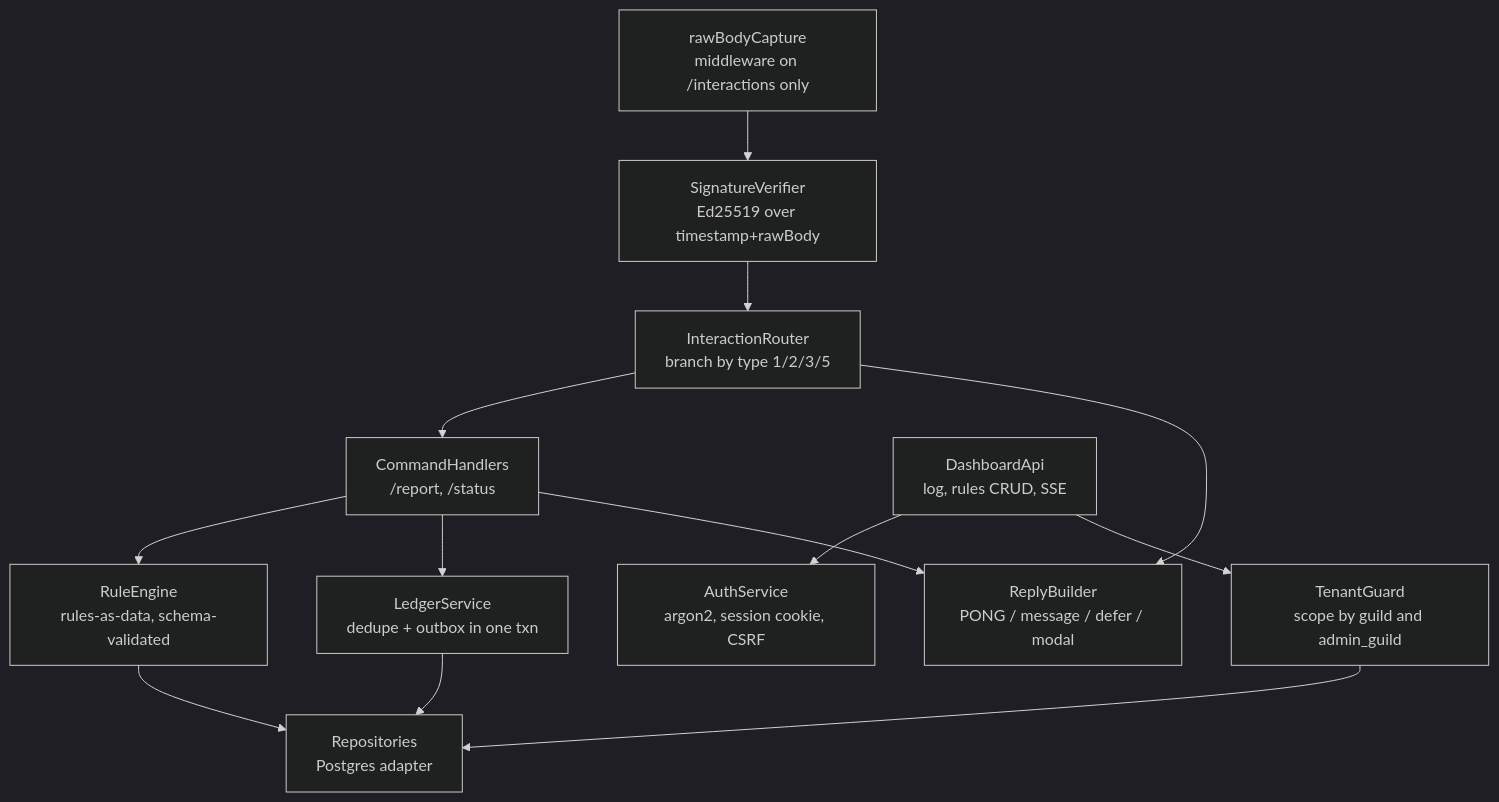
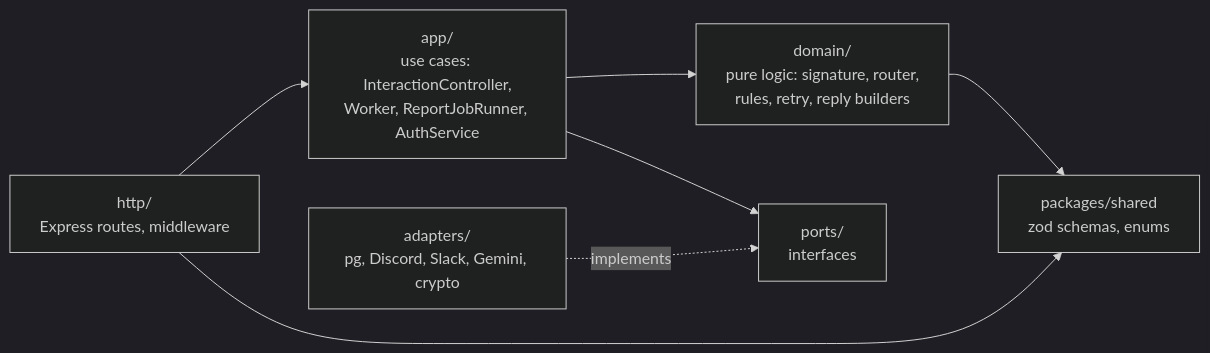
The third of 17 diagrams in architecture/docs/DESIGN.md (RohanUrankar/discord-report-line), drawn with Mermaid (dark theme) before and after one commit. The commit also changed other lines of this file, not shown here.

````diff
--- a/architecture/docs/DESIGN.md
+++ b/architecture/docs/DESIGN.md
@@ -156,24 +178,16 @@
 ```mermaid
-flowchart TB
-    raw["rawBodyCapture<br/>middleware on /interactions only"]
-    verify["SignatureVerifier<br/>Ed25519 over timestamp+rawBody"]
-    router["InteractionRouter<br/>branch by type 1/2/3/5"]
-    handlers["CommandHandlers<br/>/report, /status"]
-    rules["RuleEngine<br/>rules-as-data, schema-validated"]
-    ledger["LedgerService<br/>dedupe + outbox in one txn"]
-    reply["ReplyBuilder<br/>PONG / message / defer / modal"]
+flowchart LR
+    http["http/<br/>Express routes, middleware"]
+    app["app/<br/>use cases: InteractionController,<br/>Worker, ReportJobRunner, AuthService"]
+    domain["domain/<br/>pure logic: signature, router,<br/>rules, retry, reply builders"]
+    ports["ports/<br/>interfaces"]
+    adapters["adapters/<br/>pg, Discord, Slack, Gemini, crypto"]
+    shared["packages/shared<br/>zod schemas, enums"]
 
-    dashApi["DashboardApi<br/>log, rules CRUD, SSE"]
-    auth["AuthService<br/>argon2, session cookie, CSRF"]
-    tenant["TenantGuard<br/>scope by guild and admin_guild"]
-    repo["Repositories<br/>Postgres adapter"]
-
-    raw --> verify --> router --> handlers --> rules
-    handlers --> ledger
-    router --> reply
-    handlers --> reply
-    ledger --> repo
-    dashApi --> auth
-    dashApi --> tenant --> repo
-    rules --> repo
+    http --> app
+    app --> domain
+    app --> ports
+    adapters -.->|implements| ports
+    domain --> shared
+    http --> shared
 ```
````
